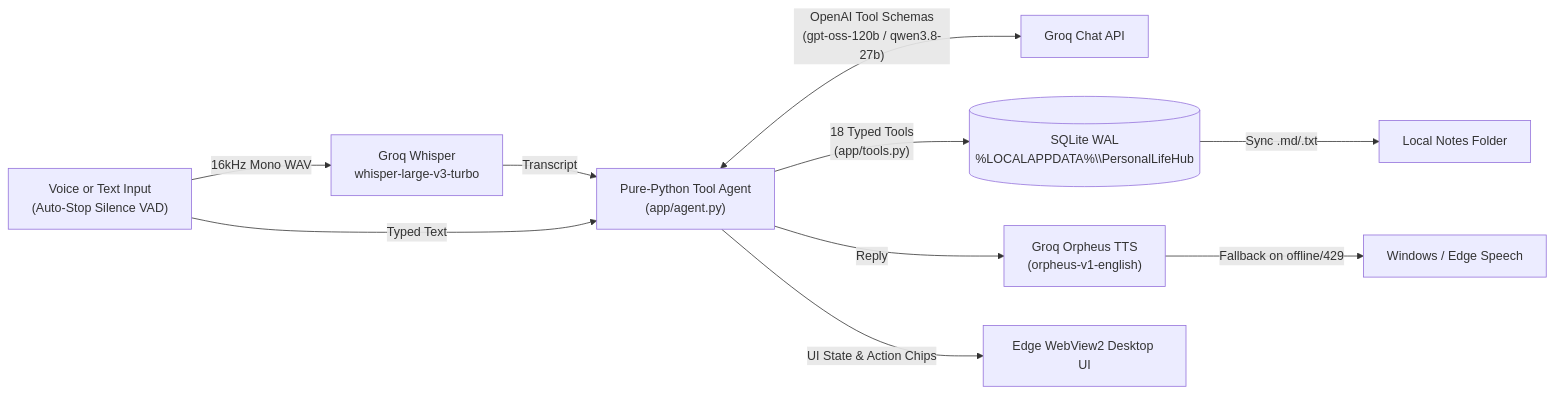
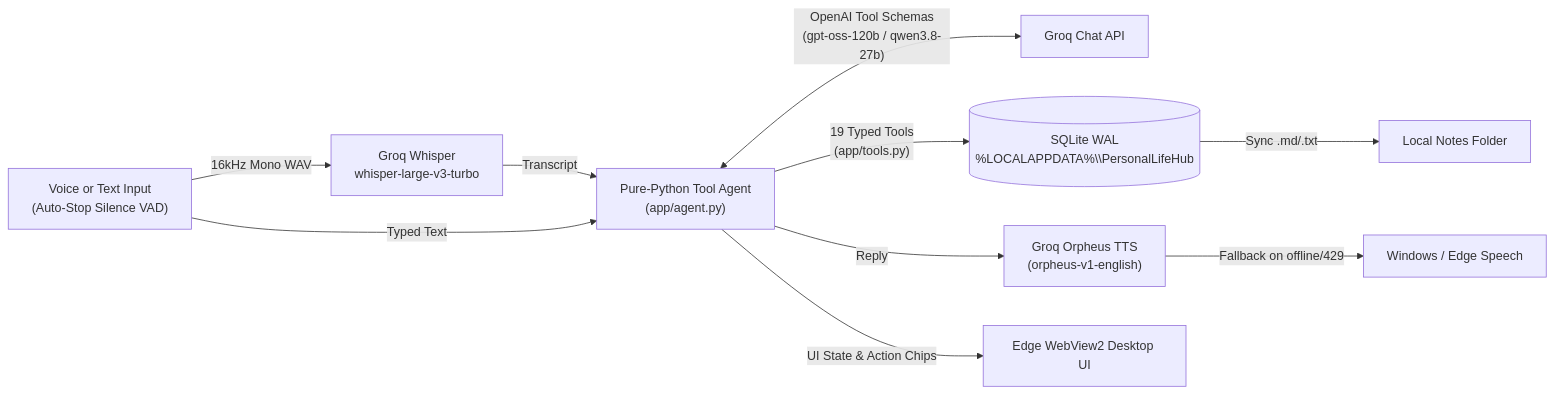
Before and after one commit to ammar-adel222/personal-life-hub: the diagram in README.md, drawn with Mermaid. The commit also changed other lines of this file and 3 other files, not shown here.

````diff
--- a/README.md
+++ b/README.md
@@ -11,12 +11,12 @@
 ```mermaid
 flowchart LR
     U["Voice or Text Input\n(Auto-Stop Silence VAD)"] -->|"16kHz Mono WAV"| W["Groq Whisper\nwhisper-large-v3-turbo"]
     W -->|"Transcript"| AG["Pure-Python Tool Agent\n(app/agent.py)"]
     U -->|"Typed Text"| AG
     AG <-->|"OpenAI Tool Schemas\n(gpt-oss-120b / qwen3.8-27b)"| G["Groq Chat API"]
-    AG -->|"18 Typed Tools\n(app/tools.py)"| DB[("SQLite WAL\n%LOCALAPPDATA%\\PersonalLifeHub")]
+    AG -->|"19 Typed Tools\n(app/tools.py)"| DB[("SQLite WAL\n%LOCALAPPDATA%\\PersonalLifeHub")]
     DB -->|"Sync .md/.txt"| FS["Local Notes Folder"]
     AG -->|"Reply"| TTS["Groq Orpheus TTS\n(orpheus-v1-english)"]
     TTS -->|"Fallback on offline/429"| LOCAL["Windows / Edge Speech"]
     AG -->|"UI State & Action Chips"| UI["Edge WebView2 Desktop UI"]
 ```
````
